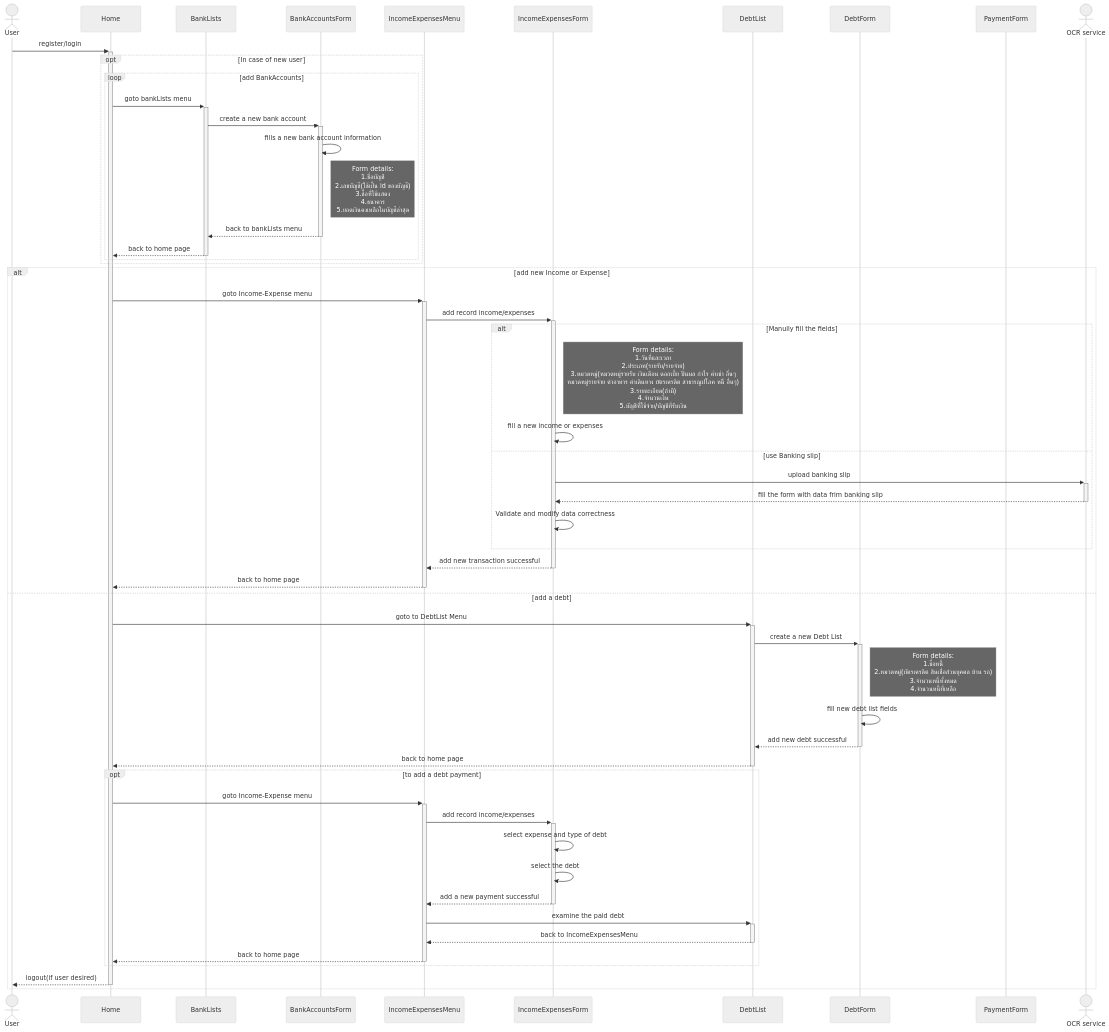
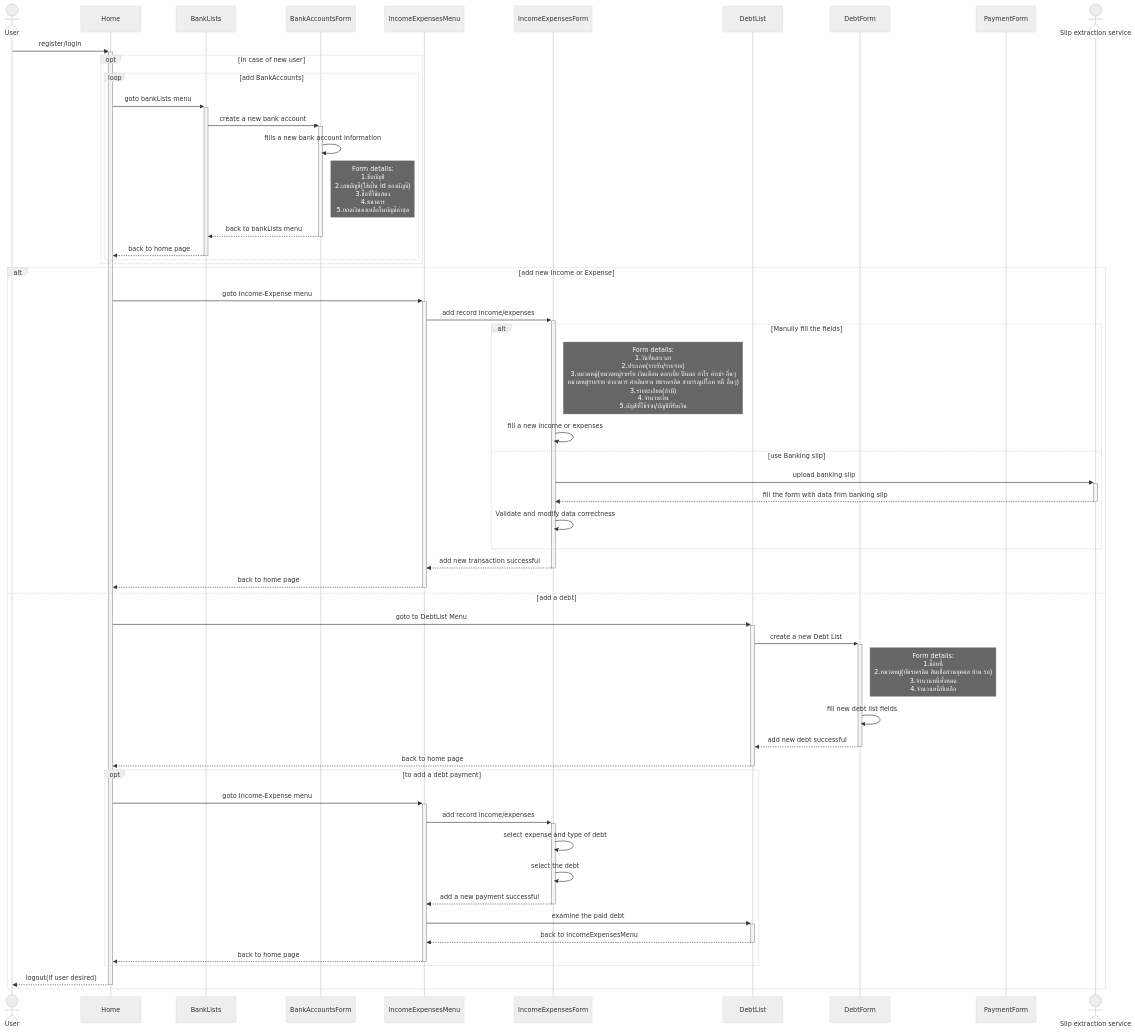
Before and after one commit to SawatKia/WealthTracking: the diagram in design/newClassesDesign/UserFlow.mmd, drawn with Mermaid (neutral theme).

Commit message:
Update user flow diagram to use "Slip extraction service" instead of "OCR service"

```diff
--- a/design/newClassesDesign/UserFlow.mmd
+++ b/design/newClassesDesign/UserFlow.mmd
@@ -1,55 +1,55 @@
 sequenceDiagram
     actor User
     participant Home
     participant Bank as BankLists
     participant BankAccountsForm
     participant IncomeExpensesMenu
     participant IncomeExpensesForm
     participant DebtList
     participant DebtForm
     participant PaymentForm
-    actor Ocr as OCR service
+    actor Ocr as Slip extraction service
 
     User->>+Home: register/login
     opt In case of new user
         loop add BankAccounts
             Home->>+Bank: goto bankLists menu
             Bank->>+BankAccountsForm: create a new bank account
             BankAccountsForm->>BankAccountsForm: fills a new bank account information
             Note right of BankAccountsForm: Form details:<br>1.ชื่อบัญชี<br>2.เลขบัญชี(ใช้เป็น id ของบัญชี)<br>3.ชื่อที่ใช้แสดง<br>4.ธนาคาร<br>5.ยอดเงินคงเหลือในบัญชีล่าสุด
             BankAccountsForm-->>-Bank: back to bankLists menu
             Bank-->>-Home: back to home page
         end
     end
     alt add new Income or Expense
         Home->>+IncomeExpensesMenu: goto Income-Expense menu
         IncomeExpensesMenu->>+IncomeExpensesForm: add record income/expenses
         alt Manully fill the fields
             Note right of IncomeExpensesForm: Form details:<br>1.วันที่และเวลา<br>2.ประเภท(รายรับ/รายจ่าย)<br>3.หมวดหมู่(หมวดหมู่รายรับ เงินเดือน ดอกเบี้ย ปันผล กำไร ค่าเช่า อื่นๆ<br>หมวดหมู่รายจ่าย ค่าอาหาร ค่าเดินทาง บัตรเครดิต สาธารณูปโภค หนี้ อื่นๆ)<br>3.รายละเอียด(ถ้ามี)<br>4.จำนวนเงิน<br>5.บัญชีที่ใช้จ่าย/บัญชีที่รับเงิน
             IncomeExpensesForm->>IncomeExpensesForm: fill a new income or expenses
         else use Banking slip
             IncomeExpensesForm->>+Ocr: upload banking slip
             Ocr-->>-IncomeExpensesForm:fill the form with data frim banking slip
             IncomeExpensesForm->>IncomeExpensesForm:Validate and modify data correctness
         end
         IncomeExpensesForm-->>-IncomeExpensesMenu: add new transaction successful
         IncomeExpensesMenu-->>-Home: back to home page
     else add a debt
         Home->>+DebtList: goto to DebtList Menu
         DebtList->>+DebtForm: create a new Debt List
         Note right of DebtForm: Form details:<br>1.ชื่อหนี้<br>2.หมวดหมู่(บัตรเครดิต สินเชื่อส่วนบุคคล บ้าน รถ)<br>3.จำนวนหนี้ทั้งหมด<br>4.จำนวนหนี้ที่เหลือ
         DebtForm->>DebtForm: fill new debt list fields
         DebtForm-->>-DebtList: add new debt successful
         DebtList-->>-Home: back to home page
         opt to add a debt payment
             Home->>+IncomeExpensesMenu: goto Income-Expense menu
             IncomeExpensesMenu->>+IncomeExpensesForm: add record income/expenses
             IncomeExpensesForm->>IncomeExpensesForm: select expense and type of debt
             IncomeExpensesForm->>IncomeExpensesForm: select the debt
             IncomeExpensesForm-->>-IncomeExpensesMenu: add a new payment successful
             IncomeExpensesMenu->>+DebtList: examine the paid debt 
             DebtList-->>-IncomeExpensesMenu: back to IncomeExpensesMenu
             IncomeExpensesMenu-->>-Home: back to home page
         end
         Home-->>-User: logout(if user desired)
     end
```
